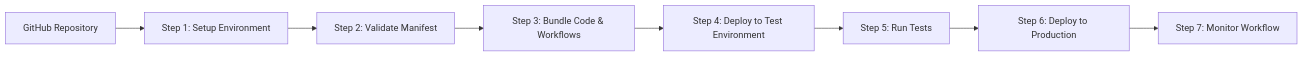
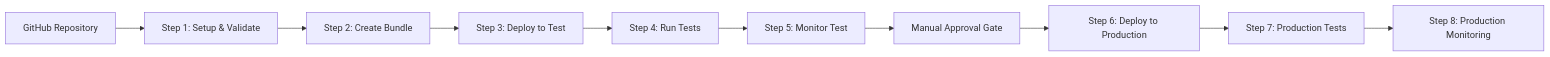
Before and after one commit to aws/CICD-for-SageMakerUnifiedStudio: the diagram in experimental/SMUS-CICD-pipeline-cli/docs/github-actions-integration.md, drawn with Mermaid. The commit also changed other lines of this file and 14 other files, not shown here.

````diff
--- a/experimental/SMUS-CICD-pipeline-cli/docs/github-actions-integration.md
+++ b/experimental/SMUS-CICD-pipeline-cli/docs/github-actions-integration.md
@@ -11,10 +11,12 @@
 ```mermaid
 graph LR
-    A[GitHub Repository] --> B[Step 1: Setup Environment]
-    B --> C[Step 2: Validate Manifest]
-    C --> D[Step 3: Bundle Code & Workflows]
-    D --> E[Step 4: Deploy to Test Environment]
-    E --> F[Step 5: Run Tests]
-    F --> G[Step 6: Deploy to Production]
-    G --> H[Step 7: Monitor Workflow]
+    A[GitHub Repository] --> B[Step 1: Setup & Validate]
+    B --> C[Step 2: Create Bundle]
+    C --> D[Step 3: Deploy to Test]
+    D --> E[Step 4: Run Tests]
+    E --> F[Step 5: Monitor Test]
+    F --> G[Manual Approval Gate]
+    G --> H[Step 6: Deploy to Production]
+    H --> I[Step 7: Production Tests]
+    I --> J[Step 8: Production Monitoring]
 ```
````
